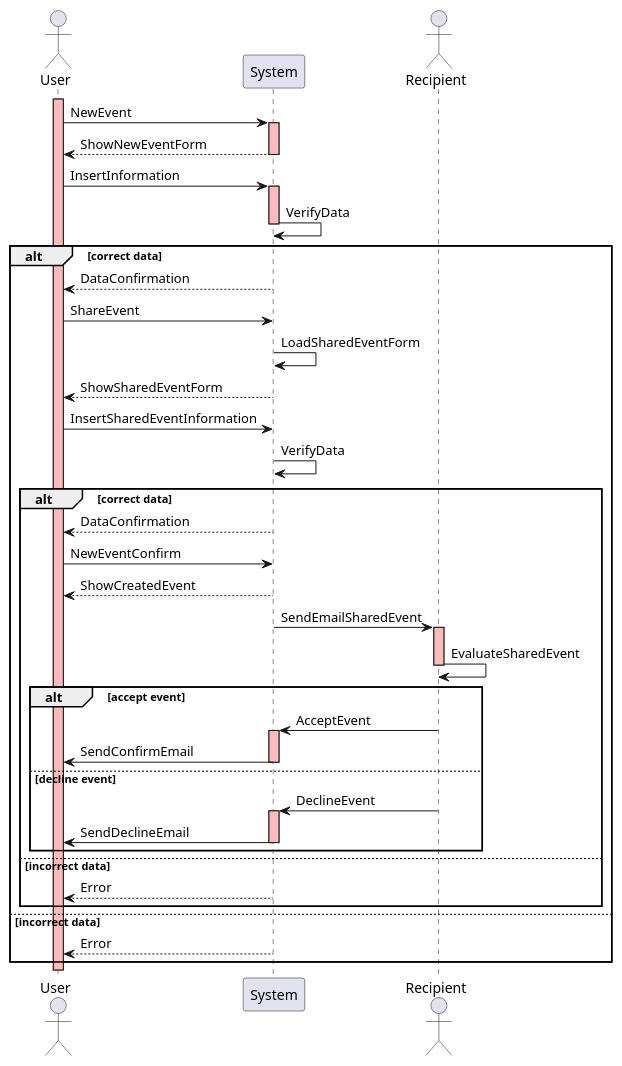
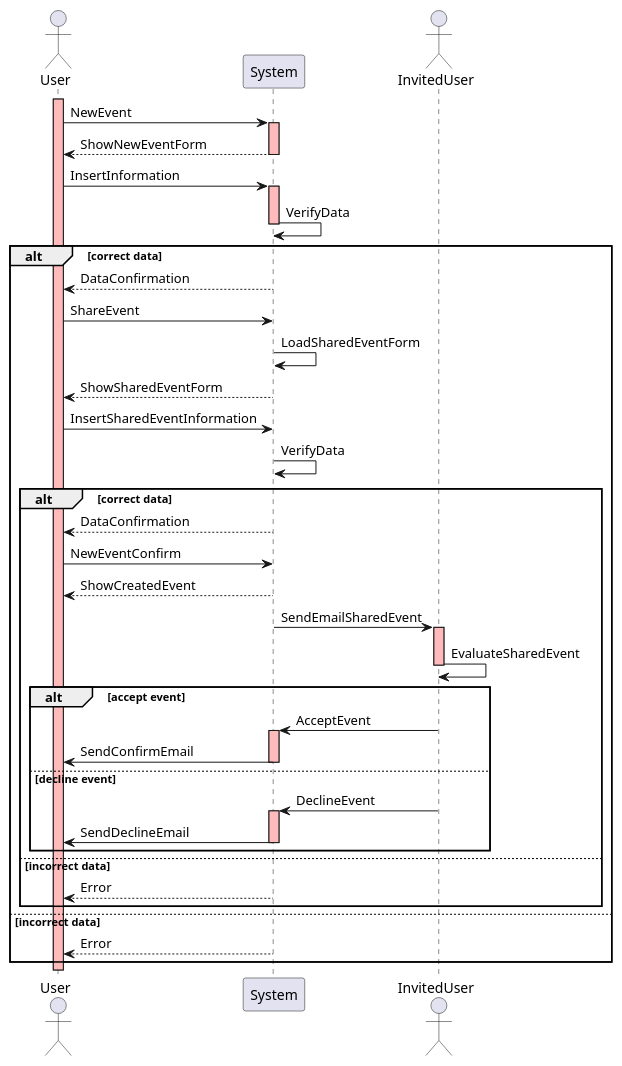
The diagram in rasd/sequence_diagram/sequence_diagram_newSharedEvent.plantuml (fcremo/AlfonsoCarsenzuolaCremonese-ingsw2), drawn with PlantUML before and after one commit. The commit also changed 1 other file, not shown here.

```diff
--- a/rasd/sequence_diagram/sequence_diagram_newSharedEvent.plantuml
+++ b/rasd/sequence_diagram/sequence_diagram_newSharedEvent.plantuml
@@ -1,54 +1,54 @@
 @startuml
 
 actor User
 participant System
-actor Recipient
+actor InvitedUser
 
 activate User #FFBBBB
 User -> System: NewEvent
 activate System #FFBBBB
 System --> User: ShowNewEventForm
 deactivate System
 User -> System: InsertInformation
 activate System #FFBBBB
 System -> System: VerifyData
 deactivate System
 
 alt correct data
   System --> User: DataConfirmation
   User -> System: ShareEvent
   System -> System: LoadSharedEventForm
   System --> User: ShowSharedEventForm
   User -> System: InsertSharedEventInformation
   System -> System: VerifyData
 
   alt correct data
     System --> User: DataConfirmation
     User -> System: NewEventConfirm
     System --> User: ShowCreatedEvent
-    System -> Recipient: SendEmailSharedEvent
-    activate Recipient #FFBBBB
-    Recipient -> Recipient: EvaluateSharedEvent
-    deactivate Recipient
+    System -> InvitedUser: SendEmailSharedEvent
+    activate InvitedUser #FFBBBB
+    InvitedUser -> InvitedUser: EvaluateSharedEvent
+    deactivate InvitedUser
 
     alt accept event
-      Recipient -> System: AcceptEvent
+      InvitedUser -> System: AcceptEvent
       activate System #FFBBBB
       System -> User: SendConfirmEmail
       deactivate System
     else decline event
-      Recipient -> System: DeclineEvent
+      InvitedUser -> System: DeclineEvent
       activate System #FFBBBB
       System -> User: SendDeclineEmail
       deactivate System
     end
 
   else incorrect data
     System --> User: Error
   end
 
 else incorrect data
   System --> User: Error
 end
 
 @enduml
```
